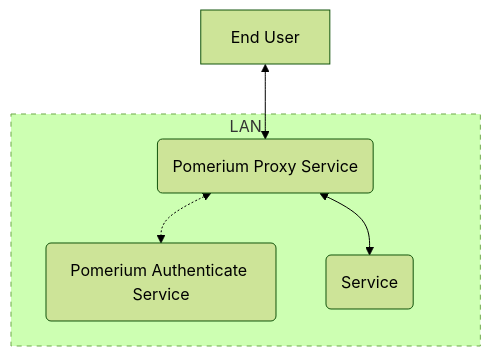
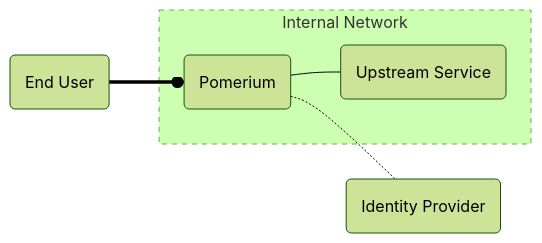
Before and after one commit to pomerium/pomerium: the first of 16 diagrams in docs/docs/topics/mutual-auth.md, drawn with Mermaid (forest theme). The commit also changed other lines of this file and 1 other file, not shown here.

````diff
--- a/docs/docs/topics/mutual-auth.md
+++ b/docs/docs/topics/mutual-auth.md
@@ -37,13 +37,13 @@
 ```mermaid
-flowchart TD
-    D[End User]
-        D <--> A
-    subgraph LAN
-    style LAN stroke-dasharray: 5 5
-    A(Pomerium Proxy Service)
-    B(Pomerium Authenticate Service)
-    A <-.-> B
-    C(Service)
-    A <--> C
-    end
+flowchart LR
+  C(End User)
+  D(Identity Provider)
+  C==o A
+  A-.-D
+  subgraph lan[Internal Network]
+    style lan stroke-dasharray: 5 5
+    A(Pomerium)
+    B(Upstream Service)
+    A --- B
+  end
 ```
````
